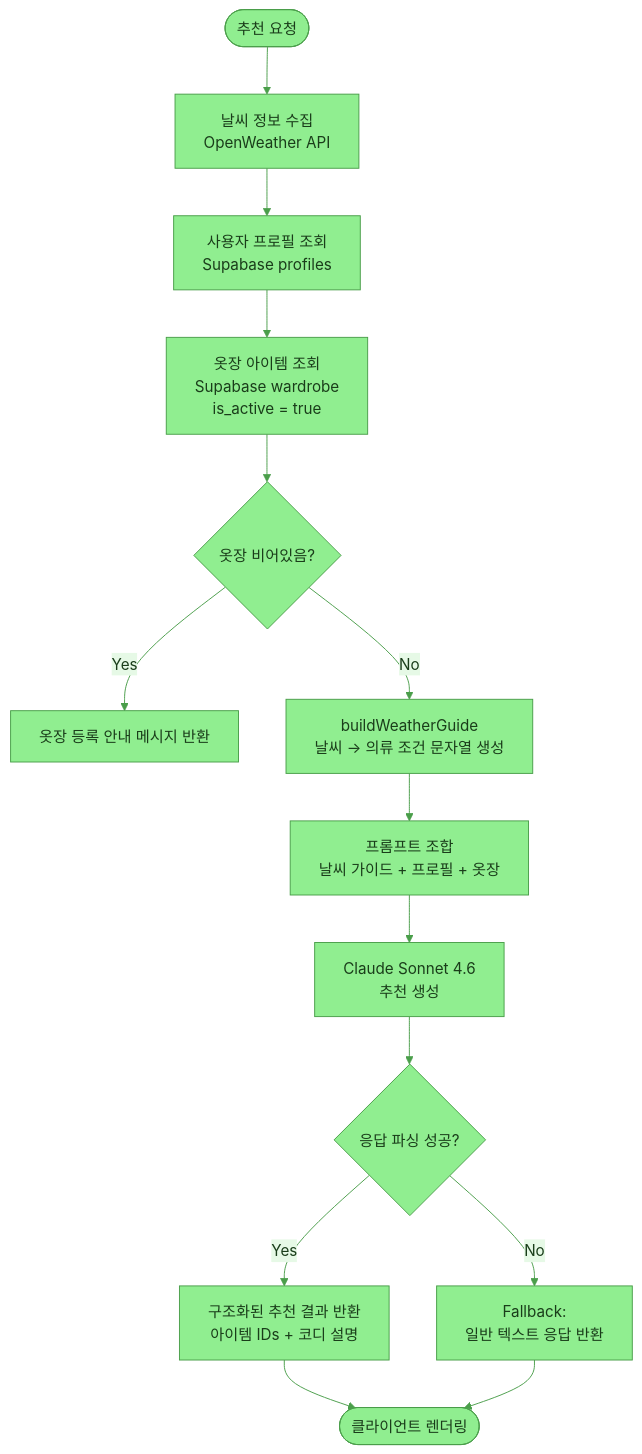
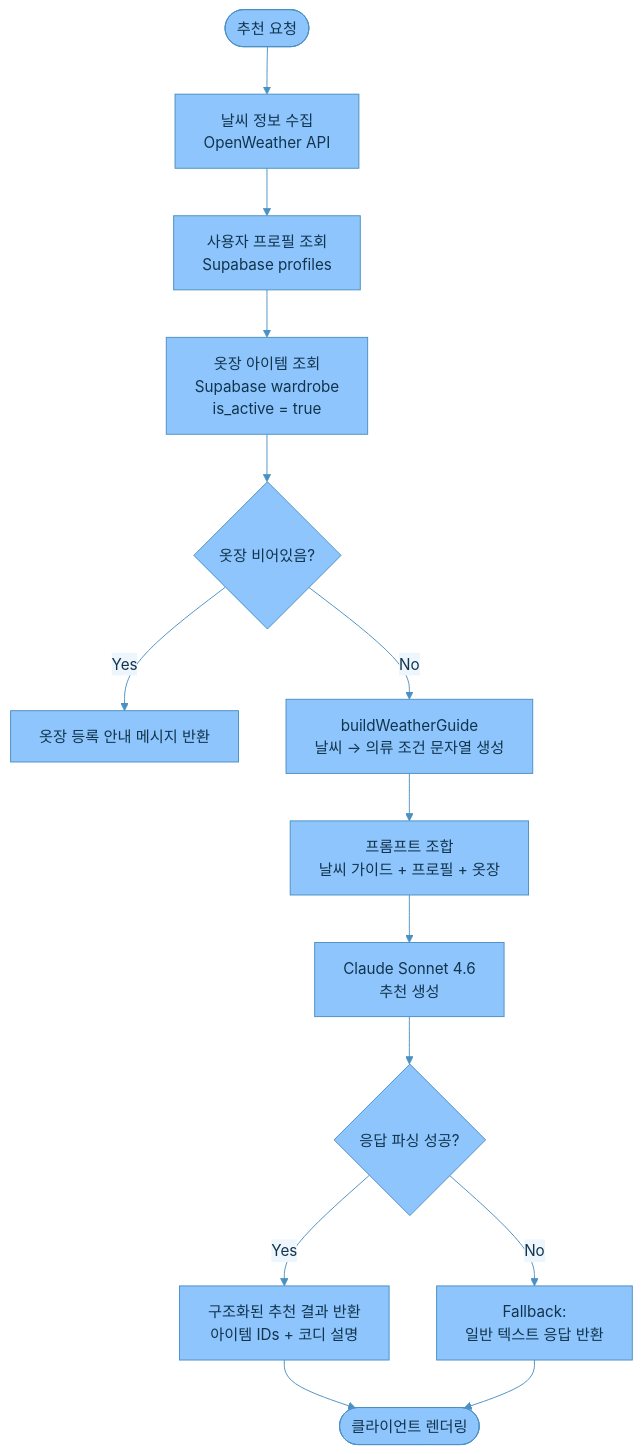
The fifth of 5 diagrams in README.md (young017/weather), drawn with Mermaid before and after one commit. The commit also changed other lines of this file, not shown here.

````diff
--- a/README.md
+++ b/README.md
@@ -147,17 +147,17 @@
 ```mermaid
-%%{init: {'theme': 'base', 'themeVariables': {'primaryColor': '#90EE90', 'primaryBorderColor': '#4a9e4a', 'primaryTextColor': '#1a3d1a', 'secondaryColor': '#c8f0c8', 'tertiaryColor': '#e6f9e6', 'lineColor': '#4a9e4a', 'edgeLabelBackground': '#e6f9e6', 'clusterBkg': '#e6f9e6', 'critBkgColor': '#c8f0c8', 'warningBkgColor': '#c8f0c8', 'nodeBorder': '#4a9e4a'}}}%%
+%%{init: {'theme': 'base', 'themeVariables': {'primaryColor': '#8EC5FC', 'primaryBorderColor': '#4A90C2', 'primaryTextColor': '#12344D', 'secondaryColor': '#D6EBFA', 'tertiaryColor': '#EEF6FD', 'lineColor': '#4A90C2', 'edgeLabelBackground': '#EEF6FD', 'clusterBkg': '#EEF6FD', 'critBkgColor': '#D6EBFA', 'warningBkgColor': '#D6EBFA', 'nodeBorder': '#4A90C2'}}}%%
 flowchart TD
     A([추천 요청]) --> B[날씨 정보 수집\nOpenWeather API]
     B --> C[사용자 프로필 조회\nSupabase profiles]
     C --> D[옷장 아이템 조회\nSupabase wardrobe\nis_active = true]
     D --> E{옷장 비어있음?}
     E -- Yes --> F[옷장 등록 안내 메시지 반환]
     E -- No --> G[buildWeatherGuide\n날씨 → 의류 조건 문자열 생성]
     G --> H[프롬프트 조합\n날씨 가이드 + 프로필 + 옷장]
     H --> I[Claude Sonnet 4.6\n추천 생성]
     I --> J{응답 파싱 성공?}
     J -- No --> K[Fallback:\n일반 텍스트 응답 반환]
     J -- Yes --> L[구조화된 추천 결과 반환\n아이템 IDs + 코디 설명]
     L --> M([클라이언트 렌더링])
     K --> M
 ```
````
